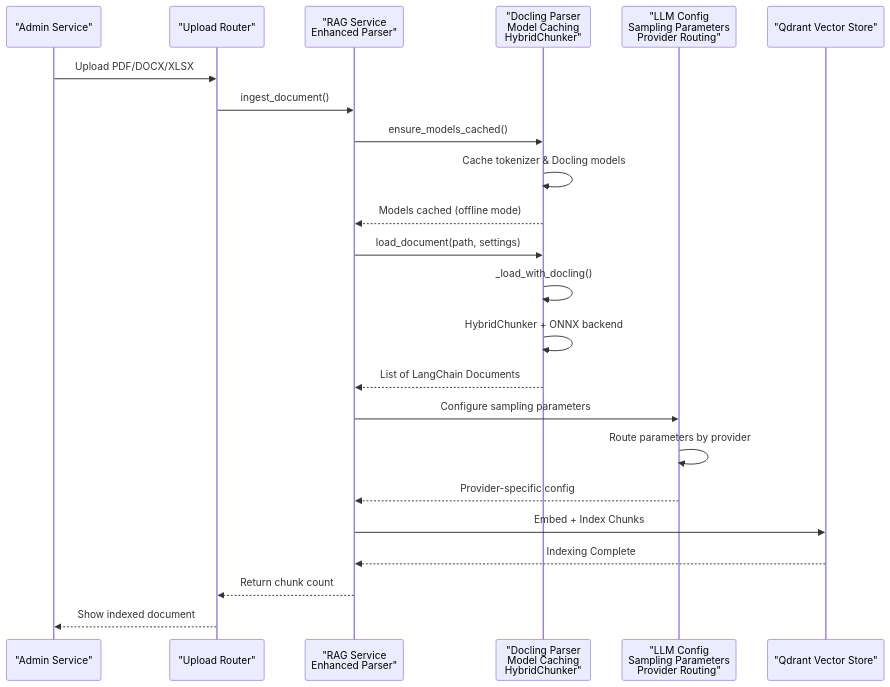
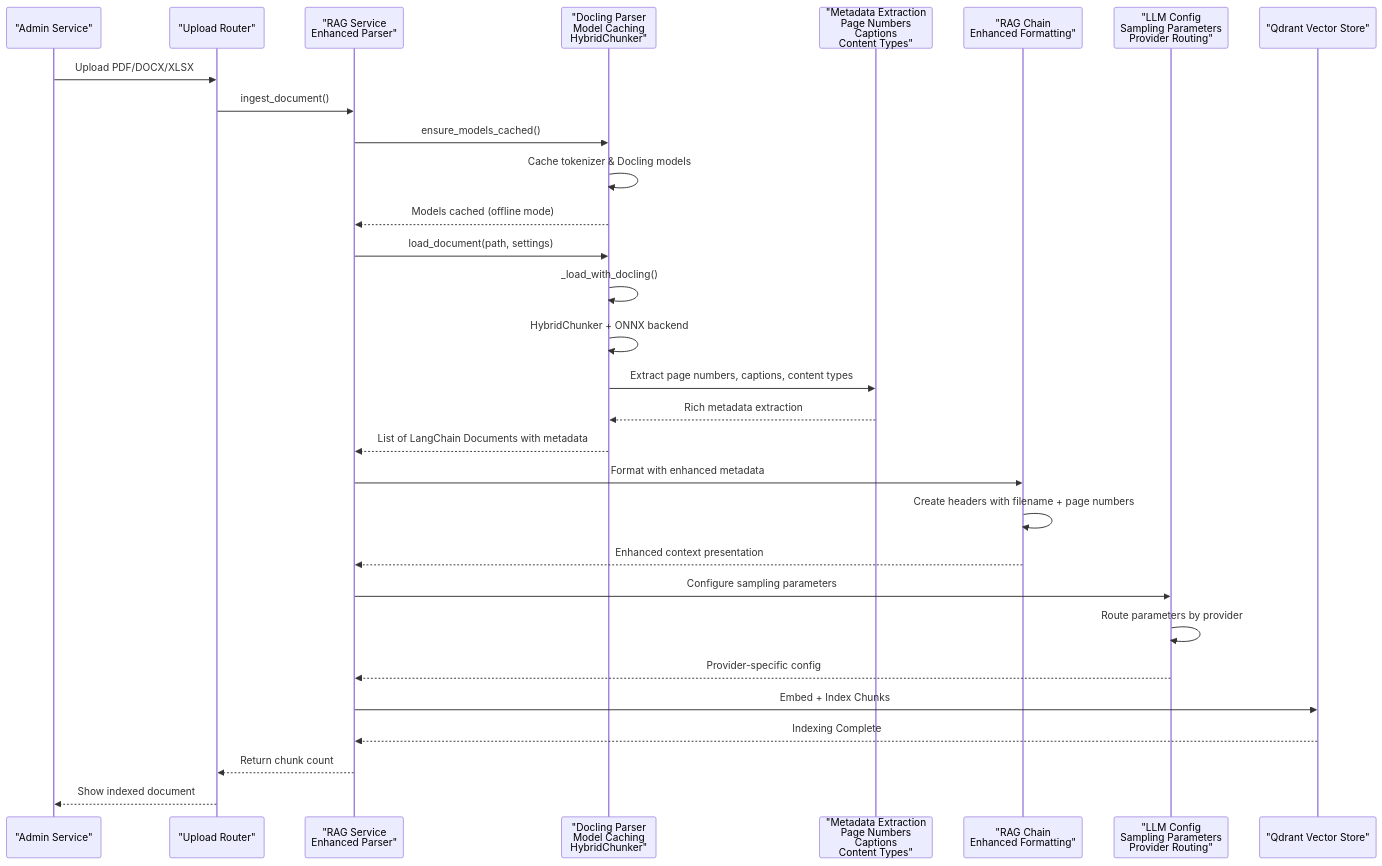
The second of 11 diagrams in .qoder/repowiki/en/content/RAG Integration/RAG Parser Enhancement.md (ognelis/cafetera_hr_bot), drawn with Mermaid before and after one commit. The commit also changed other lines of this file and 13 other files, not shown here.

````diff
--- a/.qoder/repowiki/en/content/RAG Integration/RAG Parser Enhancement.md
+++ b/.qoder/repowiki/en/content/RAG Integration/RAG Parser Enhancement.md
@@ -146,25 +171,32 @@
 ```mermaid
 sequenceDiagram
 participant Admin as "Admin Service"
 participant Upload as "Upload Router"
 participant RAGService as "RAG Service<br/>Enhanced Parser"
 participant Parser as "Docling Parser<br/>Model Caching<br/>HybridChunker"
+participant Metadata as "Metadata Extraction<br/>Page Numbers<br/>Captions<br/>Content Types"
+participant RAGChain as "RAG Chain<br/>Enhanced Formatting"
 participant LLMConfig as "LLM Config<br/>Sampling Parameters<br/>Provider Routing"
 participant Qdrant as "Qdrant Vector Store"
 Admin->>Upload : Upload PDF/DOCX/XLSX
 Upload->>RAGService : ingest_document()
 RAGService->>Parser : ensure_models_cached()
 Parser->>Parser : Cache tokenizer & Docling models
 Parser-->>RAGService : Models cached (offline mode)
 RAGService->>Parser : load_document(path, settings)
 Parser->>Parser : _load_with_docling()
 Parser->>Parser : HybridChunker + ONNX backend
-Parser-->>RAGService : List of LangChain Documents
+Parser->>Metadata : Extract page numbers, captions, content types
+Metadata-->>Parser : Rich metadata extraction
+Parser-->>RAGService : List of LangChain Documents with metadata
+RAGService->>RAGChain : Format with enhanced metadata
+RAGChain->>RAGChain : Create headers with filename + page numbers
+RAGChain-->>RAGService : Enhanced context presentation
 RAGService->>LLMConfig : Configure sampling parameters
 LLMConfig->>LLMConfig : Route parameters by provider
 LLMConfig-->>RAGService : Provider-specific config
 RAGService->>Qdrant : Embed + Index Chunks
 Qdrant-->>RAGService : Indexing Complete
 RAGService-->>Upload : Return chunk count
 Upload-->>Admin : Show indexed document
 ```
````
